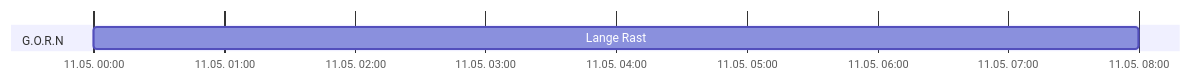
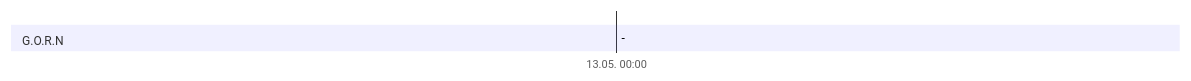
Before and after one commit to LorenJaffrey/DnD_PFT: diagram 21 of 29 in Kampagne/Timeline Kampagne 2.md, drawn with Mermaid. The commit also changed other lines of this file and 3 other files, not shown here.

Commit message:
Timeline gepflegt

````diff
--- a/Kampagne/Timeline Kampagne 2.md
+++ b/Kampagne/Timeline Kampagne 2.md
@@ -318,9 +368,10 @@
 ```mermaid
 gantt
 	dateFormat HH:mm
 	axisFormat %e.%m. %H:%M
 	tickinterval 1hour
 	weekday monday
 	section G.O.R.N
-		Lange Rast: a1, 2024-05-11 00:00, 8h
+		-: a1, 2024-05-13 00:00, 0h
+		
 ```
````
